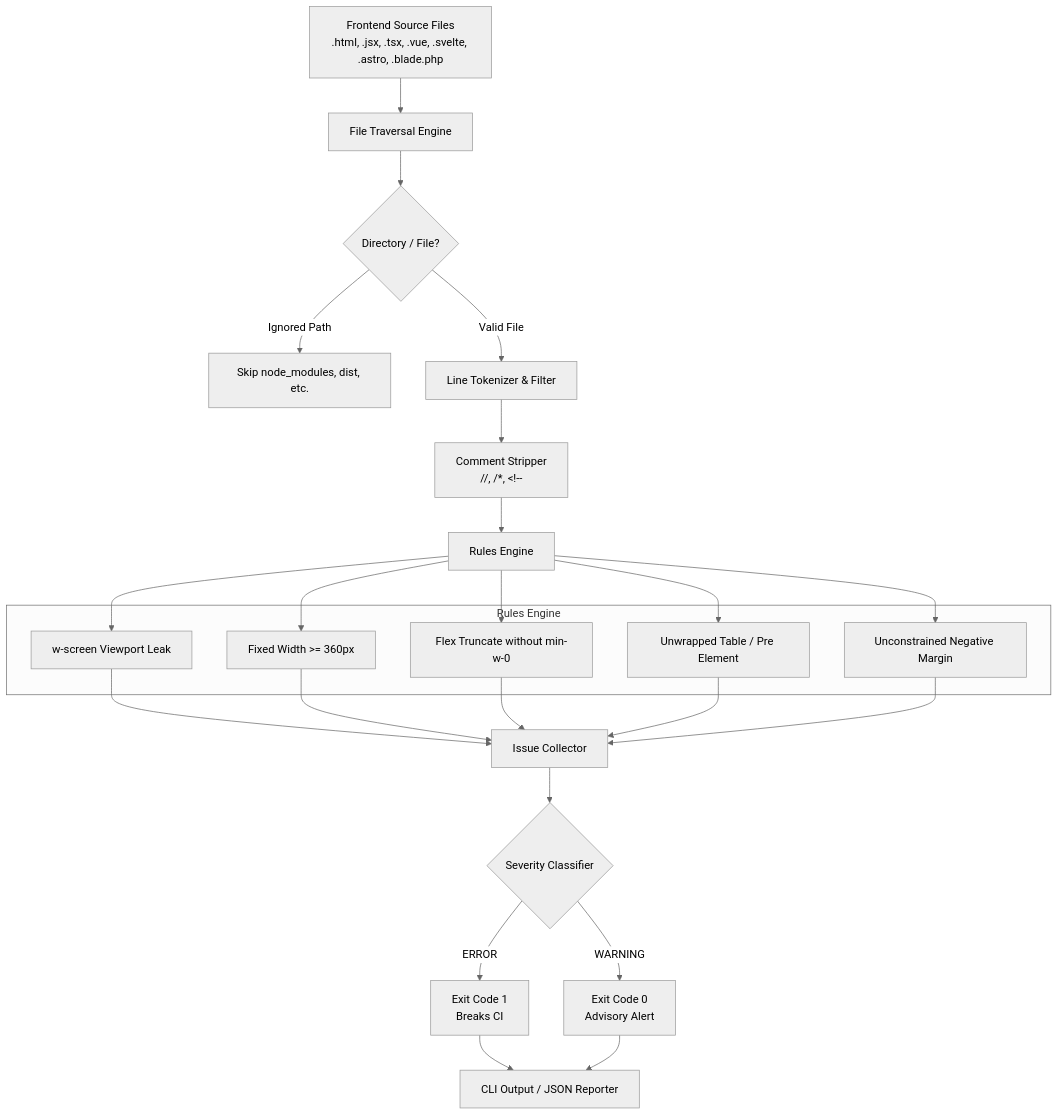
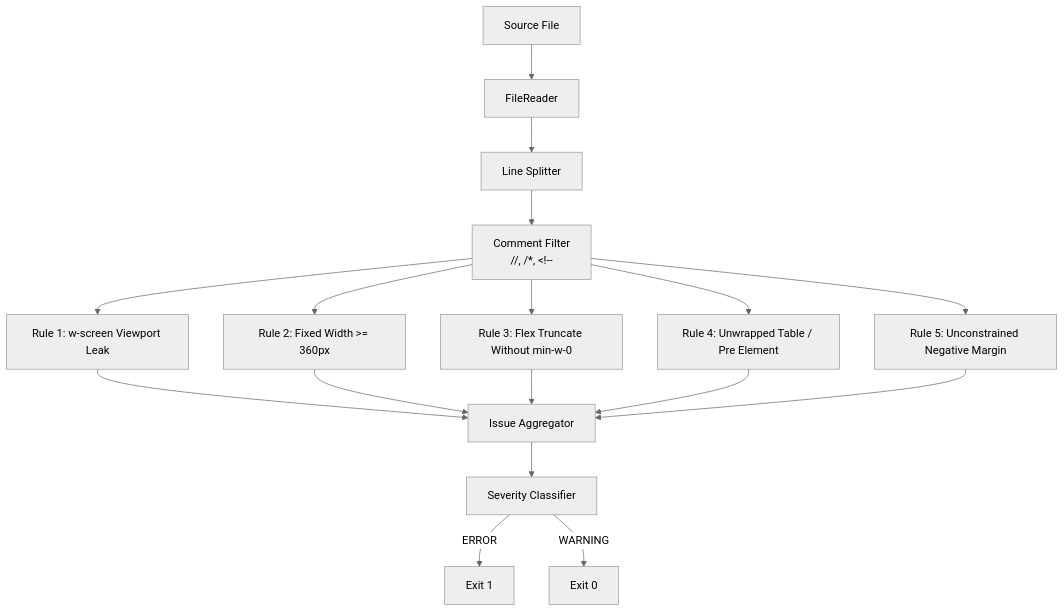
One commit to Dhani078/zero-overflow-ui changed the third of 4 diagrams in docs/ARCHITECTURE.md. Above: the diagram before and after it, drawn with Mermaid (neutral theme). The commit also changed other lines of this file and 5 other files, not shown here.

Commit message:
docs: add C4 architecture model, data flow, security model, and performance profiling

````diff
--- a/docs/ARCHITECTURE.md
+++ b/docs/ARCHITECTURE.md
@@ -9,36 +37,22 @@
 ```mermaid
 flowchart TD
-    A[Frontend Source Files<br/>.html, .jsx, .tsx, .vue, .svelte, .astro, .blade.php] --> B[File Traversal Engine]
-    B --> C{Directory / File?}
-    C -->|Ignored Path| D[Skip node_modules, dist, etc.]
-    C -->|Valid File| E[Line Tokenizer & Filter]
-    E --> F[Comment Stripper<br/>//, /*, &lt;!--]
-    F --> G[Rules Engine]
+    A[Source File] --> B[FileReader]
+    B --> C[Line Splitter]
+    C --> D[Comment Filter<br/>//, /*, &lt;!--]
     
-    subgraph Rules Engine
-        G1[w-screen Viewport Leak]
-        G2[Fixed Width >= 360px]
-        G3[Flex Truncate without min-w-0]
-        G4[Unwrapped Table / Pre Element]
-        G5[Unconstrained Negative Margin]
-    end
+    D --> E[Rule 1: w-screen Viewport Leak]
+    D --> F[Rule 2: Fixed Width >= 360px]
+    D --> G[Rule 3: Flex Truncate Without min-w-0]
+    D --> H[Rule 4: Unwrapped Table / Pre Element]
+    D --> I[Rule 5: Unconstrained Negative Margin]
     
-    G --> G1
-    G --> G2
-    G --> G3
-    G --> G4
-    G --> G5
+    E --> J[Issue Aggregator]
+    F --> J
+    G --> J
+    H --> J
+    I --> J
     
-    G1 --> H[Issue Collector]
-    G2 --> H
-    G3 --> H
-    G4 --> H
-    G5 --> H
-    
-    H --> I{Severity Classifier}
-    I -->|ERROR| J[Exit Code 1<br/>Breaks CI]
-    I -->|WARNING| K[Exit Code 0<br/>Advisory Alert]
-    
-    J --> L[CLI Output / JSON Reporter]
-    K --> L
+    J --> K[Severity Classifier]
+    K -->|ERROR| L[Exit 1]
+    K -->|WARNING| M[Exit 0]
 ```
````
